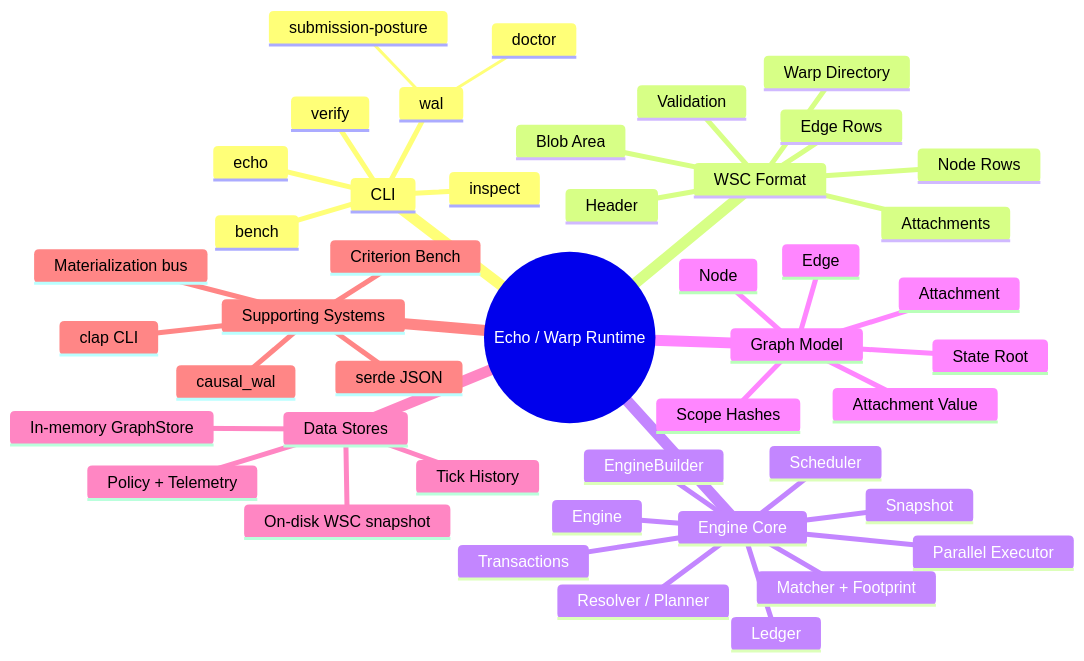
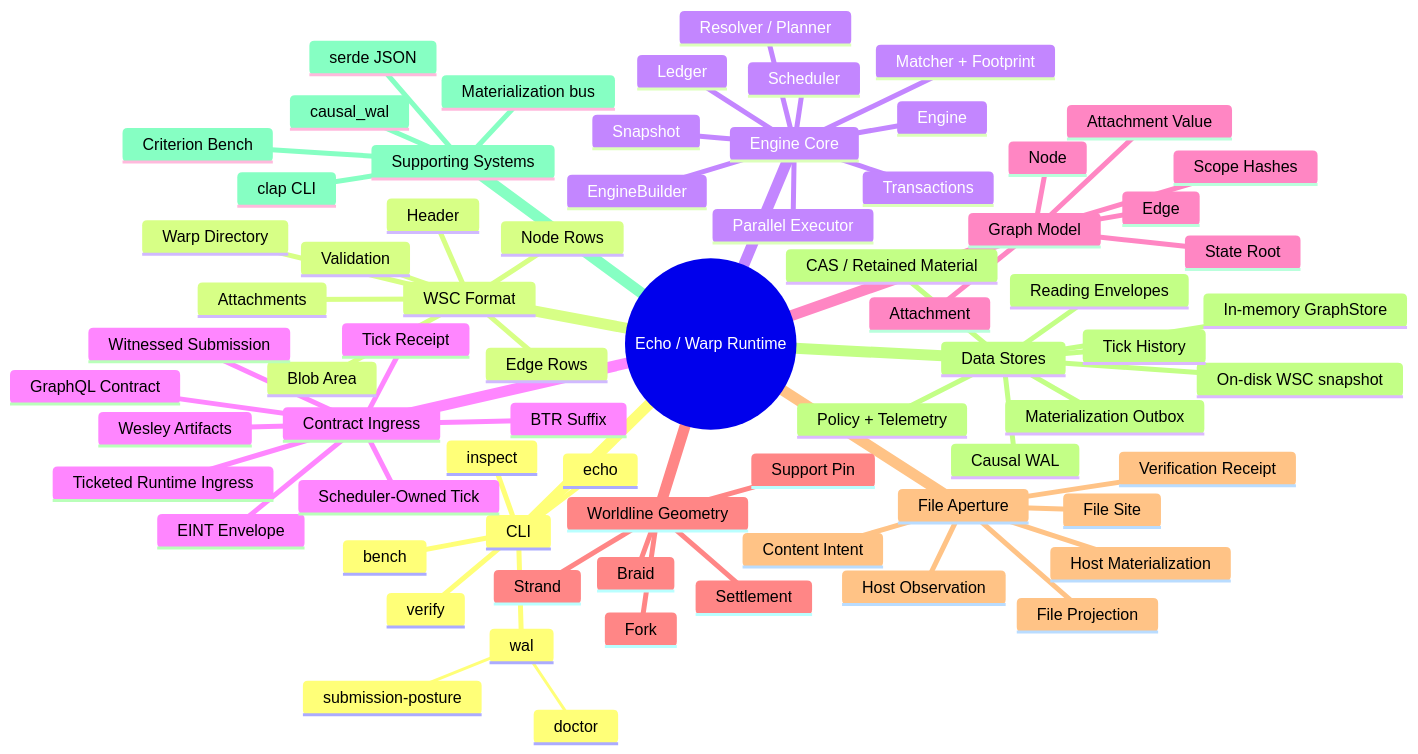
The first of 40 diagrams in docs/technical-teardown.md (flyingrobots/echo), drawn with Mermaid before and after one commit. The commit also changed 6 other files, not shown here.

````diff
--- a/docs/technical-teardown.md
+++ b/docs/technical-teardown.md
@@ -46,48 +46,74 @@
 ```mermaid
 mindmap
   root((Echo / Warp Runtime))
     CLI
       echo
       verify
       inspect
       wal
         doctor
         submission-posture
       bench
     WSC Format
       Header
       Warp Directory
       Node Rows
       Edge Rows
       Attachments
       Blob Area
       Validation
     Engine Core
       EngineBuilder
       Engine
       Transactions
       Scheduler
       Matcher + Footprint
       Resolver / Planner
       Parallel Executor
       Snapshot
       Ledger
+    Contract Ingress
+      GraphQL Contract
+      Wesley Artifacts
+      EINT Envelope
+      Witnessed Submission
+      Ticketed Runtime Ingress
+      Scheduler-Owned Tick
+      Tick Receipt
+      BTR Suffix
     Graph Model
       Node
       Edge
       Attachment
       Attachment Value
       Scope Hashes
       State Root
+    Worldline Geometry
+      Fork
+      Strand
+      Support Pin
+      Braid
+      Settlement
+    File Aperture
+      Host Observation
+      File Site
+      File Projection
+      Content Intent
+      Host Materialization
+      Verification Receipt
     Data Stores
       On-disk WSC snapshot
       In-memory GraphStore
+      Causal WAL
+      CAS / Retained Material
       Tick History
+      Reading Envelopes
+      Materialization Outbox
       Policy + Telemetry
     Supporting Systems
       clap CLI
       serde JSON
       Criterion Bench
       causal_wal
       Materialization bus
 ```
````
